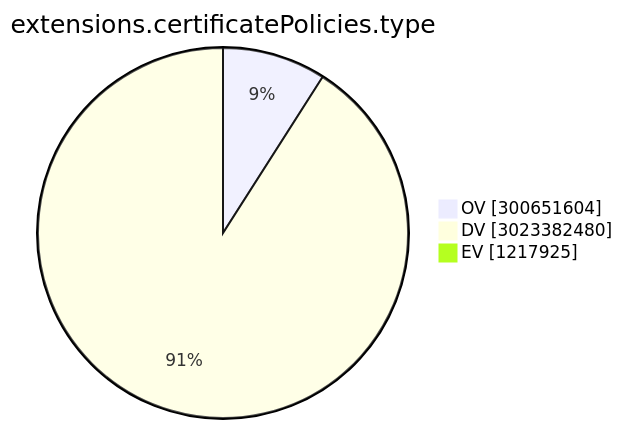
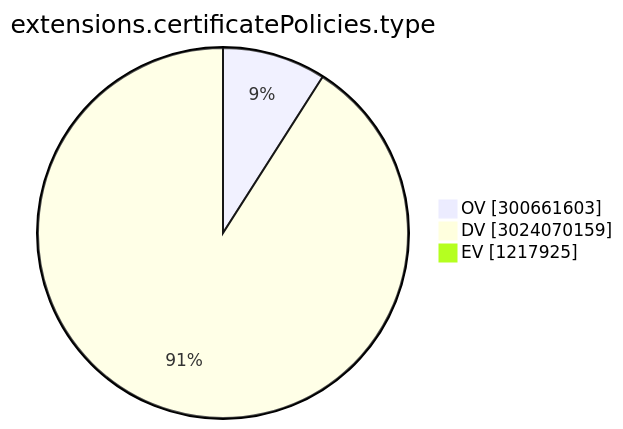
Before and after one commit to christiankrug/ctmonitor_visualization: the ninth of 15 diagrams in TOTAL/README.md, drawn with Mermaid. The commit also changed other lines of this file, not shown here.

````diff
--- a/TOTAL/README.md
+++ b/TOTAL/README.md
@@ -3102,7 +3102,7 @@
 ```mermaid
 pie showData
 title extensions.certificatePolicies.type
-"OV" :300651604
-"DV" :3023382480
+"OV" :300661603
+"DV" :3024070159
 "EV" :1217925
 ```
````
